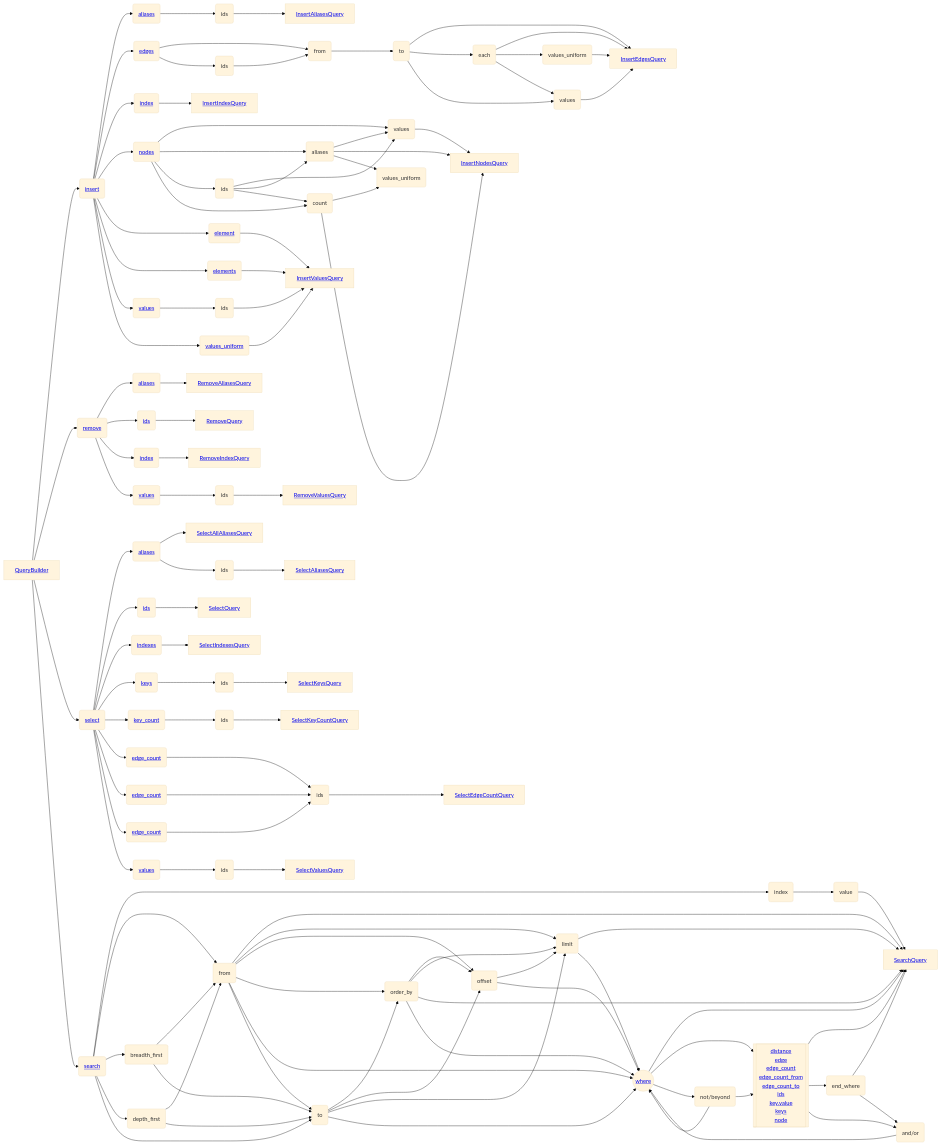
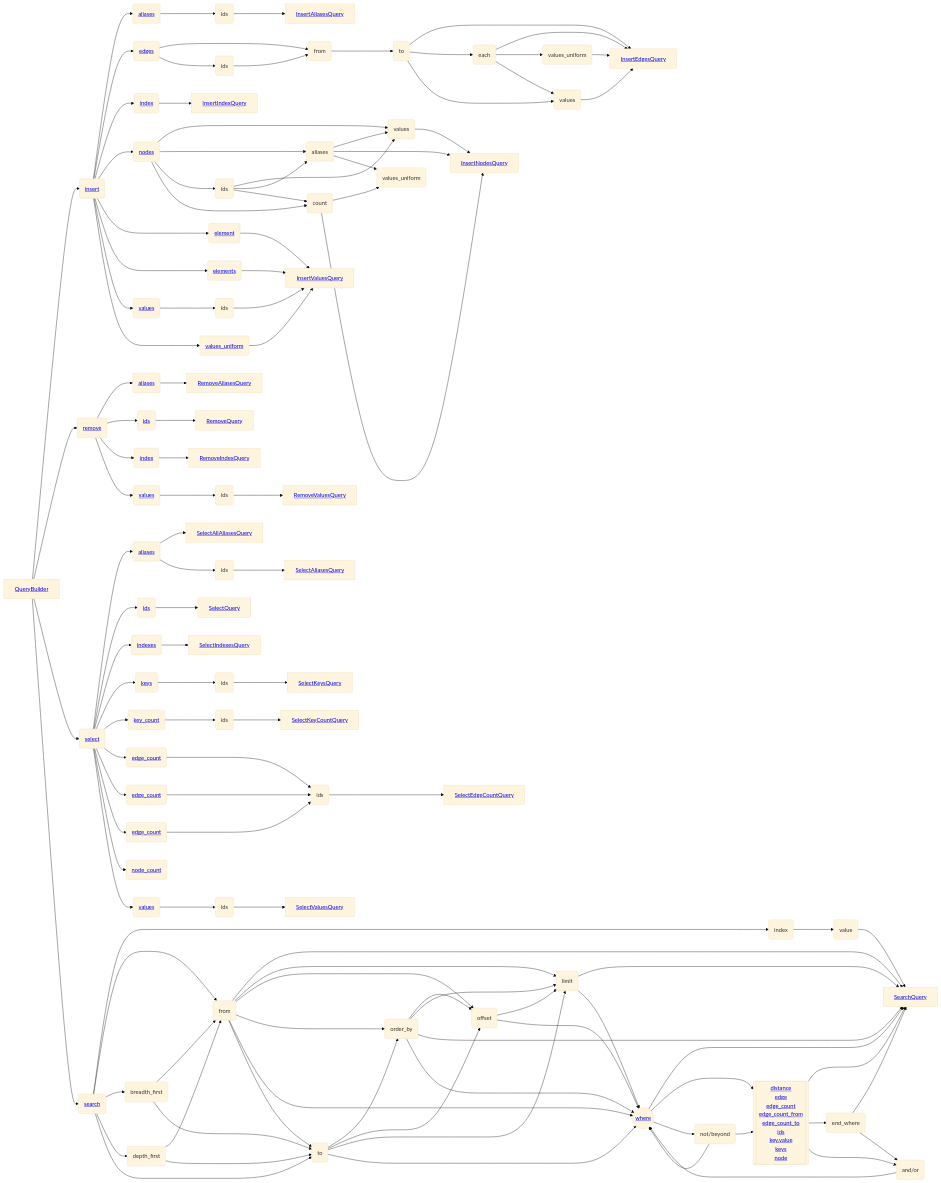
Before and after one commit to agnesoft/agdb: the diagram in docs/queries.md, drawn with Mermaid (base theme). The commit also changed other lines of this file and 18 other files, not shown here.

First line of the commit message:
[db] Add select node_count #1086 (#1117)

```diff
--- a/docs/queries.md
+++ b/docs/queries.md
@@ -49,6 +49,7 @@
     select --> edge_count("<a href='https://github.com/agnesoft/agdb/blob/main/docs/queries.md#select-edge-count'>edge_count</a>") ---> s_e_c_ids("ids") ---> SelectEdgeCountQuery["<a href='https://github.com/agnesoft/agdb/blob/main/docs/queries.md#select-edge-count'>SelectEdgeCountQuery</a>"]
     select --> edge_count_from("<a href='https://github.com/agnesoft/agdb/blob/main/docs/queries.md#select-edge-count'>edge_count</a>") ---> s_e_c_ids("ids")
     select --> edge_count_to("<a href='https://github.com/agnesoft/agdb/blob/main/docs/queries.md#select-edge-count'>edge_count</a>") ---> s_e_c_ids("ids")
+    select --> select_node_count("<a href='https://github.com/agnesoft/agdb/blob/main/docs/queries.md#select-node-count'>node_count</a>")
     select --> values("<a href='https://github.com/agnesoft/agdb/blob/main/docs/queries.md#select-values'>values</a>") --> s_v_ids("ids") --> SelectValuesQuery["<a href='https://github.com/agnesoft/agdb/blob/main/docs/queries.md#select-values'>SelectValuesQuery</a>"]
 
     search --> index("index") --> s_i_value("value") --> SearchQuery["<a href='https://github.com/agnesoft/agdb/blob/main/docs/queries.md#search'>SearchQuery</a>"]
```
